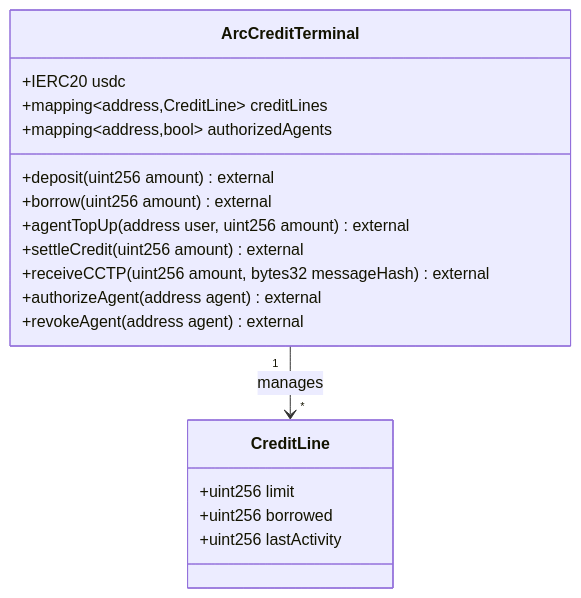
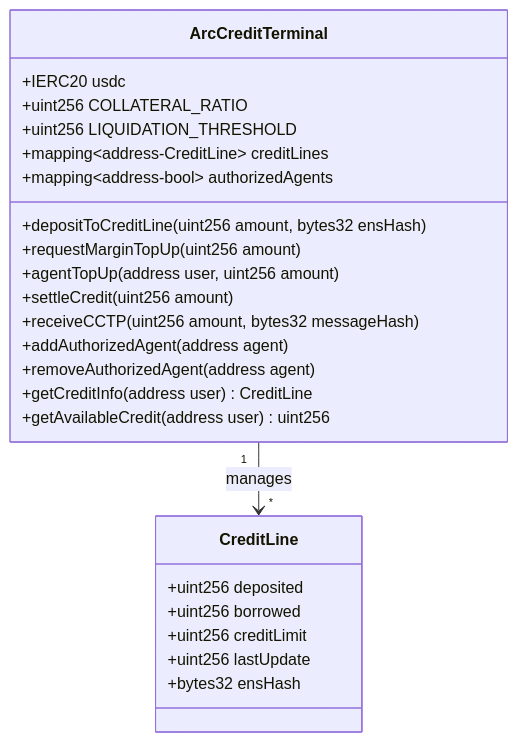
One commit to N-45div/HackMoney2026 changed the third of 11 diagrams in ARCHITECTURE.md. Above: the diagram before and after it, drawn with Mermaid. The commit also changed other lines of this file and 2 other files, not shown here.

Commit message:
feat: readme and arch diagram fixes

````diff
--- a/ARCHITECTURE.md
+++ b/ARCHITECTURE.md
@@ -246,23 +127,29 @@
 ```mermaid
 classDiagram
     class ArcCreditTerminal {
         +IERC20 usdc
-        +mapping~address,CreditLine~ creditLines
-        +mapping~address,bool~ authorizedAgents
-        +deposit(uint256 amount) external
-        +borrow(uint256 amount) external
-        +agentTopUp(address user, uint256 amount) external
-        +settleCredit(uint256 amount) external
-        +receiveCCTP(uint256 amount, bytes32 messageHash) external
-        +authorizeAgent(address agent) external
-        +revokeAgent(address agent) external
+        +uint256 COLLATERAL_RATIO
+        +uint256 LIQUIDATION_THRESHOLD
+        +mapping~address-CreditLine~ creditLines
+        +mapping~address-bool~ authorizedAgents
+        +depositToCreditLine(uint256 amount, bytes32 ensHash)
+        +requestMarginTopUp(uint256 amount)
+        +agentTopUp(address user, uint256 amount)
+        +settleCredit(uint256 amount)
+        +receiveCCTP(uint256 amount, bytes32 messageHash)
+        +addAuthorizedAgent(address agent)
+        +removeAuthorizedAgent(address agent)
+        +getCreditInfo(address user) CreditLine
+        +getAvailableCredit(address user) uint256
     }
 
     class CreditLine {
-        +uint256 limit
+        +uint256 deposited
         +uint256 borrowed
-        +uint256 lastActivity
+        +uint256 creditLimit
+        +uint256 lastUpdate
+        +bytes32 ensHash
     }
 
     ArcCreditTerminal "1" --> "*" CreditLine : manages
 ```
````
